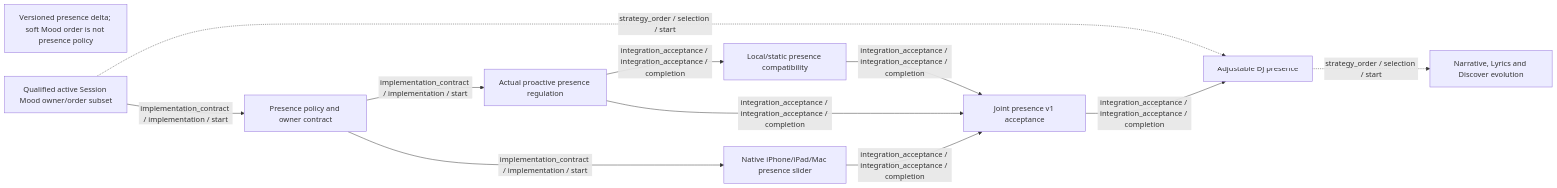
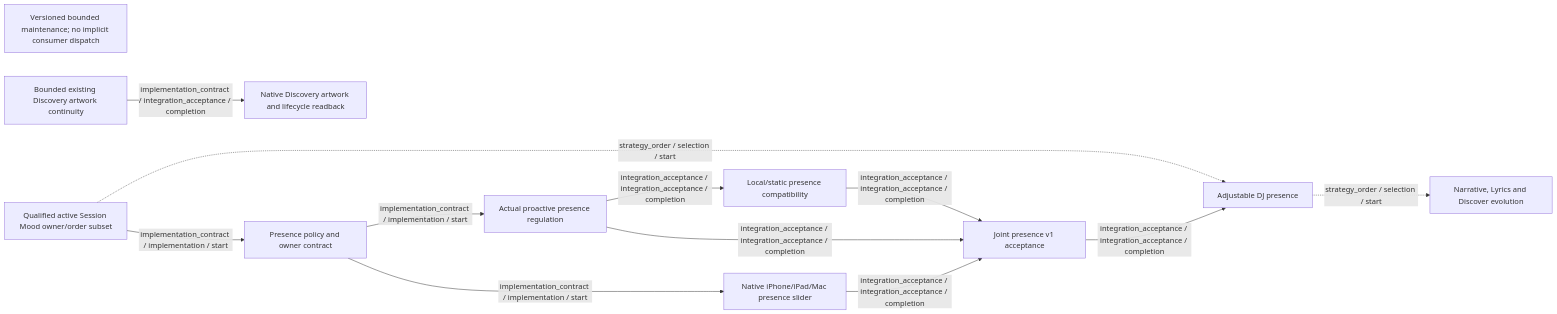
The diagram in docs/roadmap/v1/diagrams/milestones.mmd (pcvantol/djconnect), drawn with Mermaid before and after one commit. The commit also changed 43 other files, not shown here.

First line of the commit message:
Restore owner-scoped Discovery artwork through Store and refresh (#1152)

```diff
--- a/docs/roadmap/v1/diagrams/milestones.mmd
+++ b/docs/roadmap/v1/diagrams/milestones.mmd
@@ -1,20 +1,23 @@
 flowchart LR
-  note["Versioned presence delta; soft Mood order is not presence policy"]
+  note["Versioned bounded maintenance; no implicit consumer dispatch"]
+  n215["Native Discovery artwork and lifecycle readback"]
+  n214["Bounded existing Discovery artwork continuity"]
   n207["Adjustable DJ presence"]
   n44["Narrative, Lyrics and Discover evolution"]
   n212["Joint presence v1 acceptance"]
   n211["Local/static presence compatibility"]
   n210["Native iPhone/iPad/Mac presence slider"]
   n213["Qualified active Session Mood owner/order subset"]
   n208["Presence policy and owner contract"]
   n209["Actual proactive presence regulation"]
   n208 -->|implementation_contract / implementation / start| n209
   n208 -->|implementation_contract / implementation / start| n210
   n209 -->|integration_acceptance / integration_acceptance / completion| n211
   n209 -->|integration_acceptance / integration_acceptance / completion| n212
   n210 -->|integration_acceptance / integration_acceptance / completion| n212
   n211 -->|integration_acceptance / integration_acceptance / completion| n212
   n212 -->|integration_acceptance / integration_acceptance / completion| n207
   n213 -.->|strategy_order / selection / start| n207
   n213 -->|implementation_contract / implementation / start| n208
   n207 -.->|strategy_order / selection / start| n44
+  n214 -->|implementation_contract / integration_acceptance / completion| n215
```
